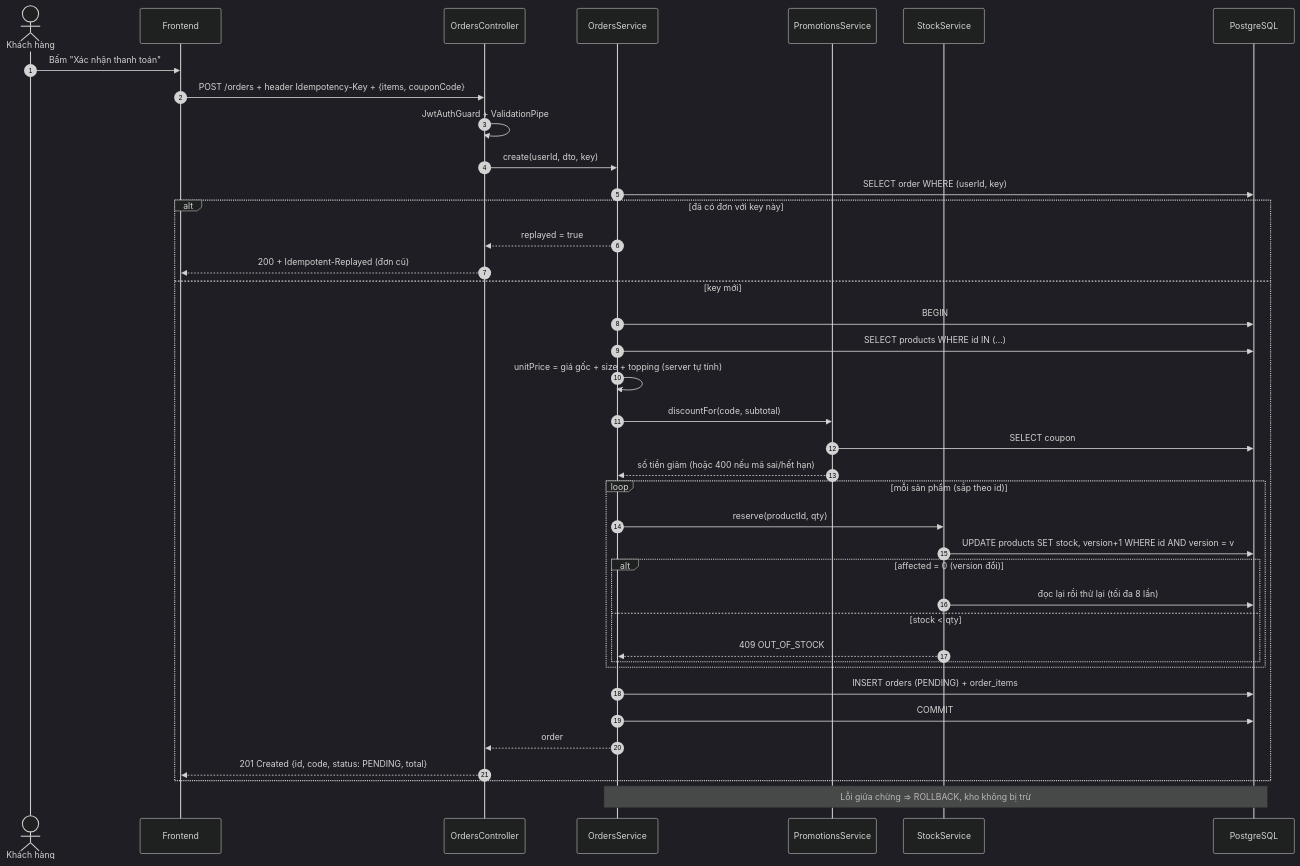
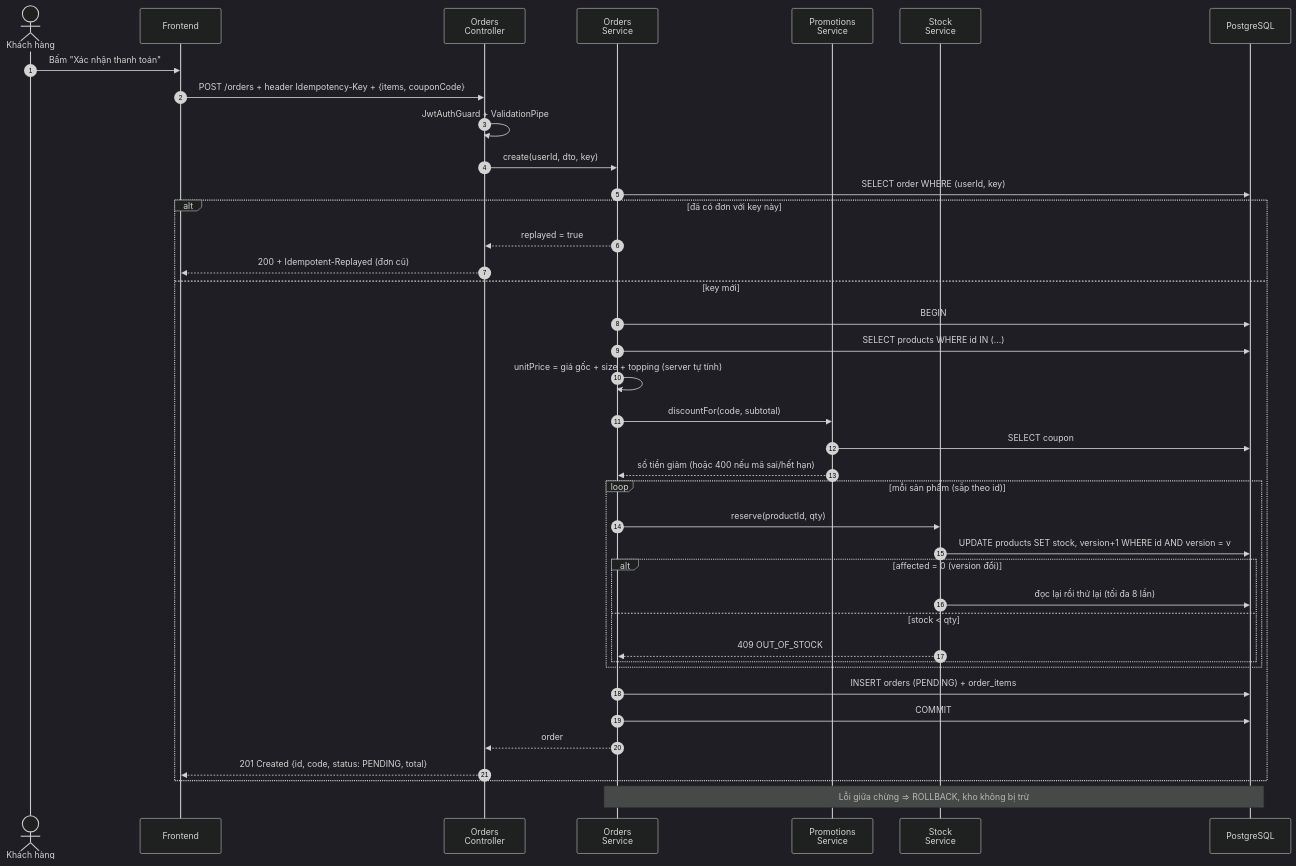
Before and after one commit to kaiqwwp/brewlite: the diagram in report/diagrams/seq-order.mmd, drawn with Mermaid (dark theme). The commit also changed 45 other files, not shown here.

First line of the commit message:
Docs: diagrams portrait, fill report info, centered cover

```diff
--- a/report/diagrams/seq-order.mmd
+++ b/report/diagrams/seq-order.mmd
@@ -1,39 +1,39 @@
 sequenceDiagram
   autonumber
   actor KH as Khách hàng
   participant FE as Frontend
-  participant OC as OrdersController
-  participant OS as OrdersService
-  participant PR as PromotionsService
-  participant ST as StockService
+  participant OC as Orders<br/>Controller
+  participant OS as Orders<br/>Service
+  participant PR as Promotions<br/>Service
+  participant ST as Stock<br/>Service
   participant DB as PostgreSQL
   KH->>FE: Bấm "Xác nhận thanh toán"
   FE->>OC: POST /orders + header Idempotency-Key + {items, couponCode}
   OC->>OC: JwtAuthGuard + ValidationPipe
   OC->>OS: create(userId, dto, key)
   OS->>DB: SELECT order WHERE (userId, key)
   alt đã có đơn với key này
     OS-->>OC: replayed = true
     OC-->>FE: 200 + Idempotent-Replayed (đơn cũ)
   else key mới
     OS->>DB: BEGIN
     OS->>DB: SELECT products WHERE id IN (...)
     OS->>OS: unitPrice = giá gốc + size + topping (server tự tính)
     OS->>PR: discountFor(code, subtotal)
     PR->>DB: SELECT coupon
     PR-->>OS: số tiền giảm (hoặc 400 nếu mã sai/hết hạn)
     loop mỗi sản phẩm (sắp theo id)
       OS->>ST: reserve(productId, qty)
       ST->>DB: UPDATE products SET stock, version+1 WHERE id AND version = v
       alt affected = 0 (version đổi)
         ST->>DB: đọc lại rồi thử lại (tối đa 8 lần)
       else stock < qty
         ST-->>OS: 409 OUT_OF_STOCK
       end
     end
     OS->>DB: INSERT orders (PENDING) + order_items
     OS->>DB: COMMIT
     OS-->>OC: order
     OC-->>FE: 201 Created {id, code, status: PENDING, total}
   end
   Note over OS,DB: Lỗi giữa chừng ⇒ ROLLBACK, kho không bị trừ
```
